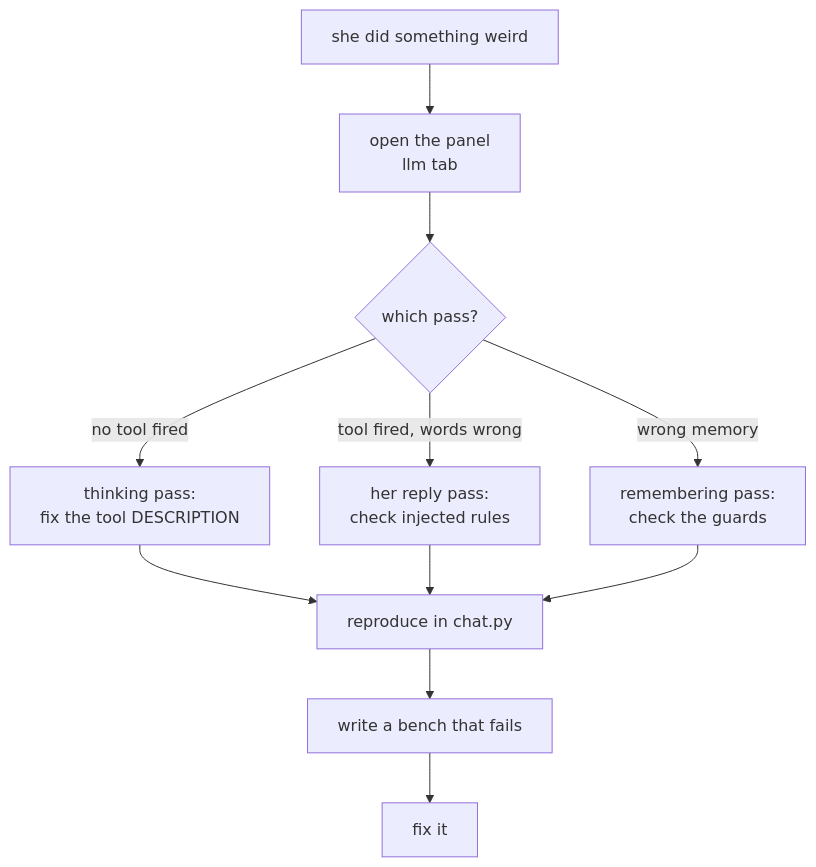
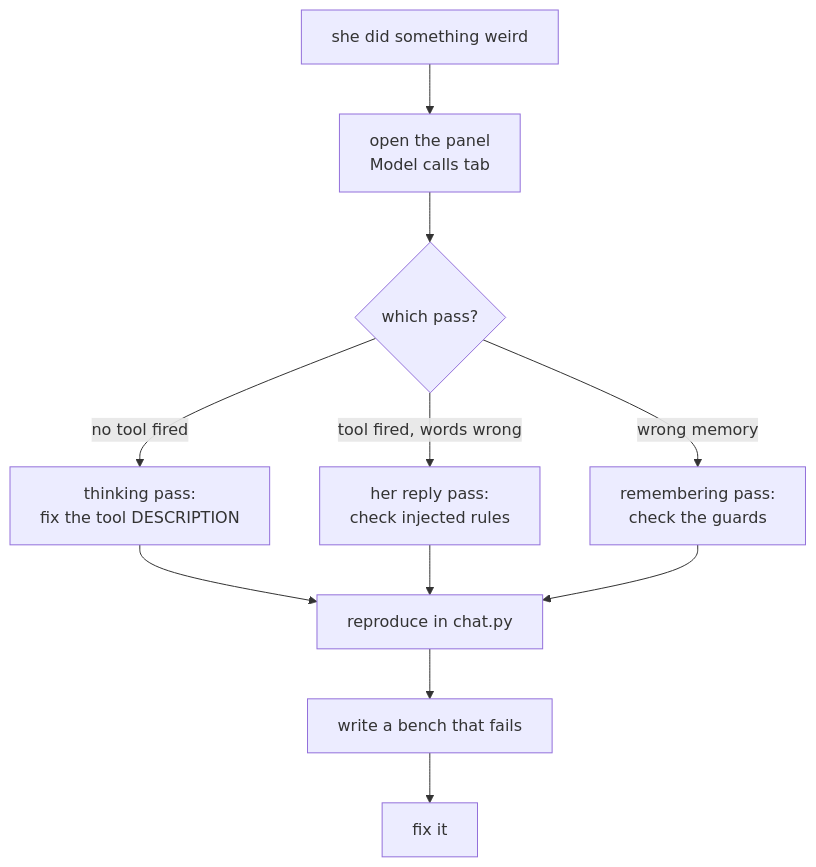
One commit to krichpapath/Tiwa-Utility-Chatbot changed the diagram in docs/work/workflows.md. Above: the diagram before and after it, drawn with Mermaid. The commit also changed other lines of this file and 123 other files, not shown here.

````diff
--- a/docs/work/workflows.md
+++ b/docs/work/workflows.md
@@ -88,13 +97,13 @@
 ```mermaid
 flowchart TB
-    A[she did something weird] --> B[open the panel<br/>llm tab]
+    A[she did something weird] --> B[open the panel<br/>Model calls tab]
     B --> C{which pass?}
     C -->|no tool fired| D[thinking pass:<br/>fix the tool DESCRIPTION]
     C -->|tool fired, words wrong| E[her reply pass:<br/>check injected rules]
     C -->|wrong memory| F[remembering pass:<br/>check the guards]
     D --> G[reproduce in chat.py]
     E --> G
     F --> G
     G --> H[write a bench that fails]
     H --> I[fix it]
 ```
````
